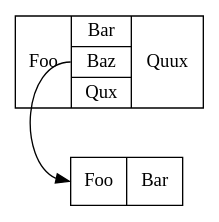
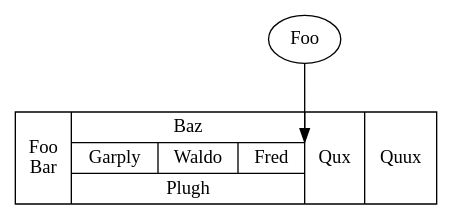
One commit to mariusz-schimke/GiGraph changed the ninth of 24 diagrams in README.md. Above: the diagram before and after it, drawn with Graphviz. The commit also changed other lines of this file and 2 other files, not shown here.

Commit message:
Record nodes example added and updated in readme

````diff
--- a/README.md
+++ b/README.md
@@ -820,9 +820,8 @@
 ```dot
 digraph
 {
-    Foo [ label = "Foo | { Bar | <port1> Baz | Qux } | Quux", shape = record ]
-    Bar [ label = "Foo | Bar", shape = record ]
+    Bar [ label = "Foo\nBar | { Baz | { Garply | Waldo | <port1> Fred } | Plugh } | Qux | Quux", shape = record ]
 
-    Foo:port1:w -> Bar:w
+    Foo -> Bar:port1:ne
 }
 ```
````
